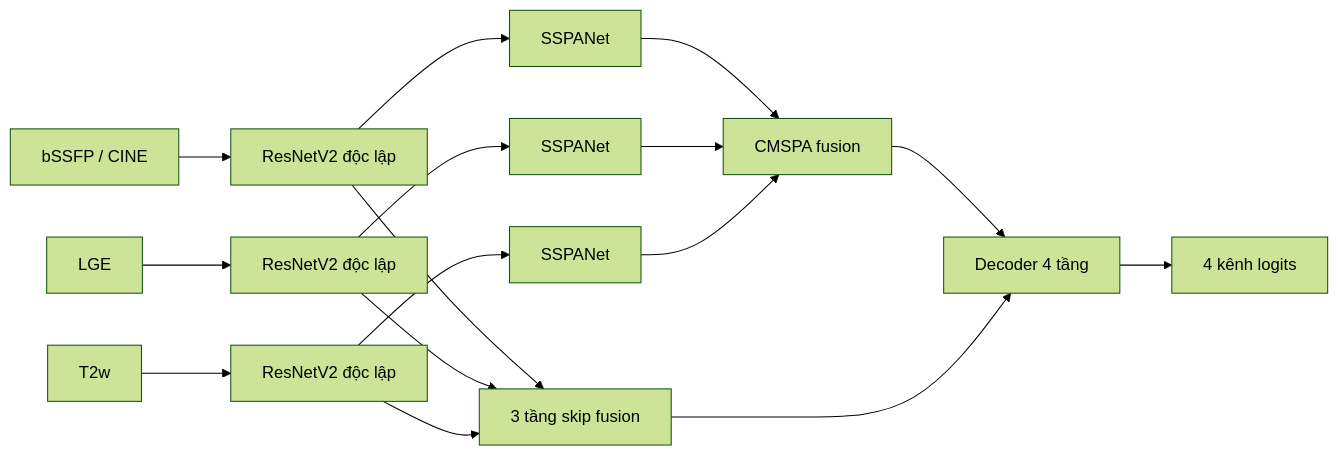
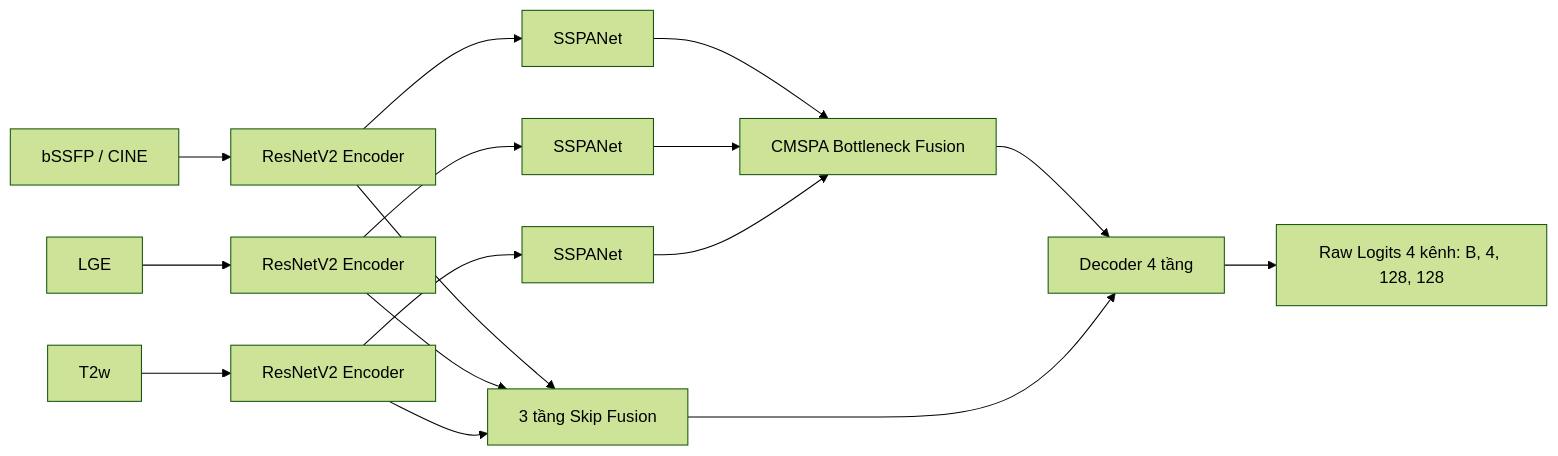
The diagram in README.md (Duc247/SCAR), drawn with Mermaid (forest theme) before and after one commit. The commit also changed other lines of this file, not shown here.

````diff
--- a/README.md
+++ b/README.md
@@ -23,15 +62,15 @@
 ```mermaid
 flowchart LR
-    C[bSSFP / CINE] --> EC[ResNetV2 độc lập] --> AC[SSPANet]
-    L[LGE] --> EL[ResNetV2 độc lập] --> AL[SSPANet]
-    T[T2w] --> ET[ResNetV2 độc lập] --> AT[SSPANet]
-    AC --> F[CMSPA fusion]
+    C[bSSFP / CINE] --> EC[ResNetV2 Encoder] --> AC[SSPANet]
+    L[LGE]          --> EL[ResNetV2 Encoder] --> AL[SSPANet]
+    T[T2w]          --> ET[ResNetV2 Encoder] --> AT[SSPANet]
+    AC --> F[CMSPA Bottleneck Fusion]
     AL --> F
     AT --> F
-    EC --> S[3 tầng skip fusion]
+    EC --> S[3 tầng Skip Fusion]
     EL --> S
     ET --> S
     F --> D[Decoder 4 tầng]
     S --> D
-    D --> O[4 kênh logits]
+    D --> O[Raw Logits 4 kênh: B, 4, 128, 128]
 ```
````
